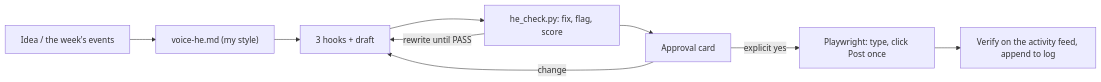
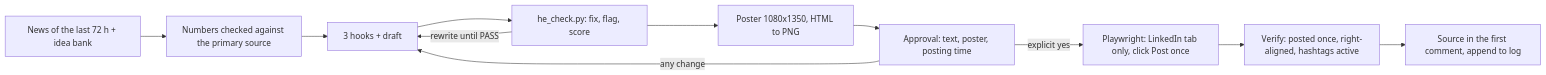
The diagram in README.he.md (galasulin/linkedin-agent-he), drawn with Mermaid before and after one commit. The commit also changed other lines of this file and 2 other files, not shown here.

Commit message:
Update LinkedIn agent skill: daily cadence, 10-style poster library, video mode, generic version

````diff
--- a/README.he.md
+++ b/README.he.md
@@ -112,11 +139,13 @@
 ```mermaid
 flowchart LR
-    A["Idea / the week's events"] --> B["voice-he.md (my style)"]
+    A["News of the last 72 h + idea bank"] --> B["Numbers checked against the primary source"]
     B --> C["3 hooks + draft"]
     C --> D["he_check.py: fix, flag, score"]
     D -->|"rewrite until PASS"| C
-    D --> E["Approval card"]
-    E -->|"explicit yes"| F["Playwright: type, click Post once"]
-    F --> G["Verify on the activity feed, append to log"]
-    E -->|"change"| C
+    D --> P["Poster 1080x1350, HTML to PNG"]
+    P --> E["Approval: text, poster, posting time"]
+    E -->|"explicit yes"| F["Playwright: LinkedIn tab only, click Post once"]
+    F --> G["Verify: posted once, right-aligned, hashtags active"]
+    G --> H["Source in the first comment, append to log"]
+    E -->|"any change"| C
 ```
````
